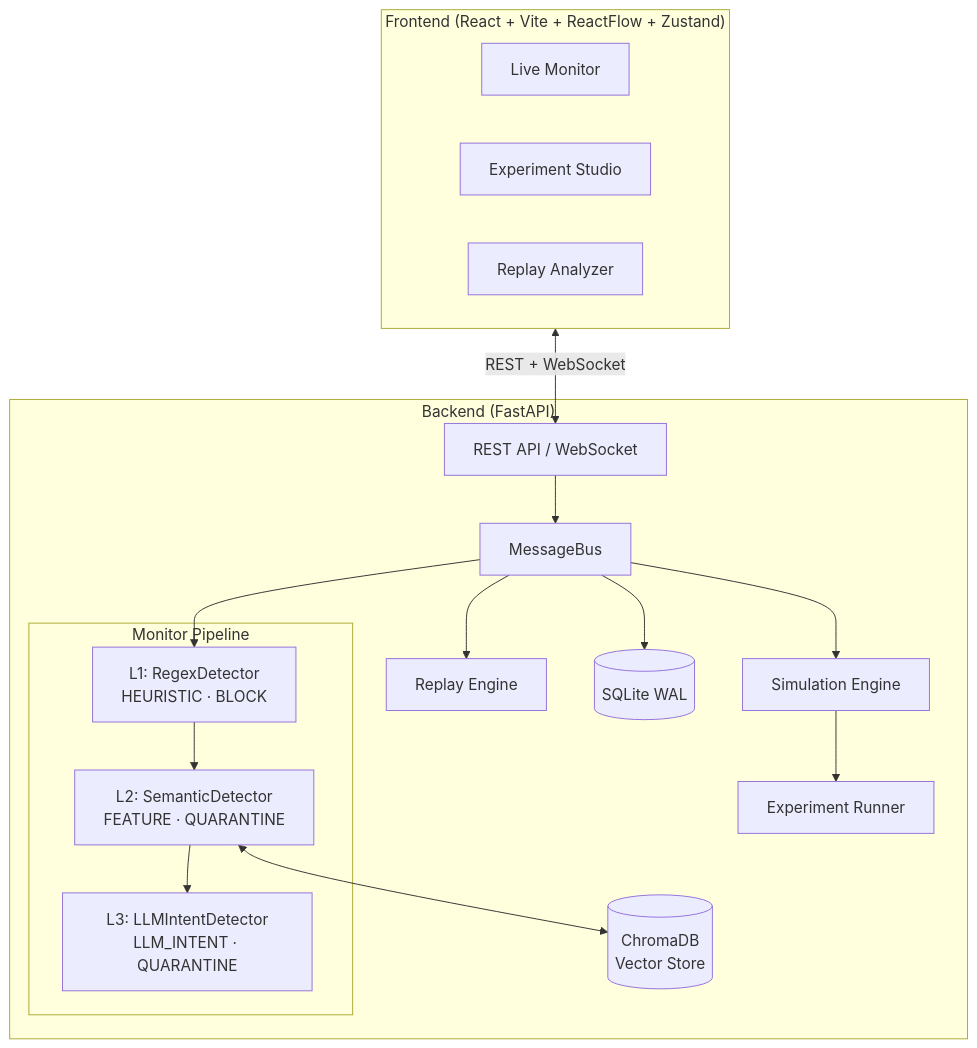
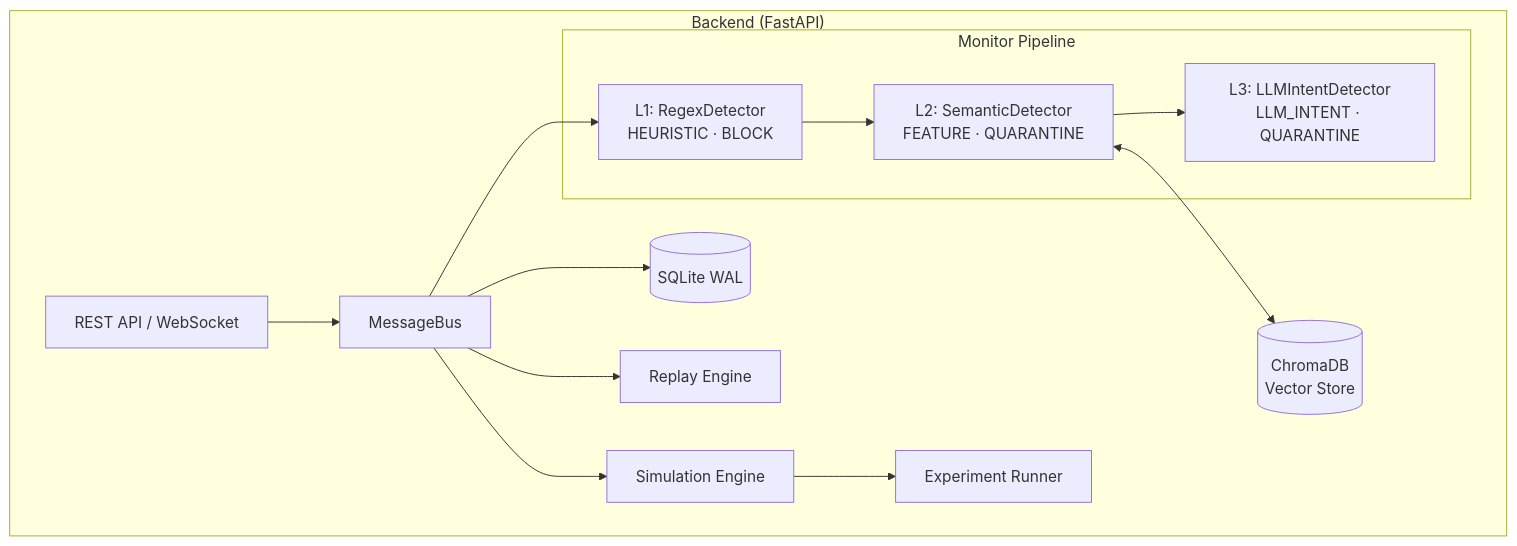
The diagram in README.md (HEEERE/Multi-Agent-Pollution-Defense-Strategy-Lab), drawn with Mermaid before and after one commit. The commit also changed other lines of this file and 71 other files, not shown here.

First line of the commit message:
refactor: remove frontend, modularize backend into api/services/schemas layers

````diff
--- a/README.md
+++ b/README.md
@@ -7,32 +7,25 @@
 ```mermaid
 graph TB
-    subgraph Frontend["Frontend (React + Vite + ReactFlow + Zustand)"]
-        LM[Live Monitor]
-        ES[Experiment Studio]
-        RA[Replay Analyzer]
-    end
-
     subgraph Backend["Backend (FastAPI)"]
         API[REST API / WebSocket]
         MB[MessageBus]
         subgraph Pipeline["Monitor Pipeline"]
             L1[L1: RegexDetector<br/>HEURISTIC · BLOCK]
             L2[L2: SemanticDetector<br/>FEATURE · QUARANTINE]
             L3[L3: LLMIntentDetector<br/>LLM_INTENT · QUARANTINE]
         end
         SIM[Simulation Engine]
         EXP[Experiment Runner]
         RP[Replay Engine]
         DB[(SQLite WAL)]
         VS[(ChromaDB<br/>Vector Store)]
     end
 
-    Frontend <-->|REST + WebSocket| API
     API --> MB
     MB --> L1 --> L2 --> L3
     L2 <--> VS
     MB --> DB
     MB --> SIM
     SIM --> EXP
     MB --> RP
 ```
````
